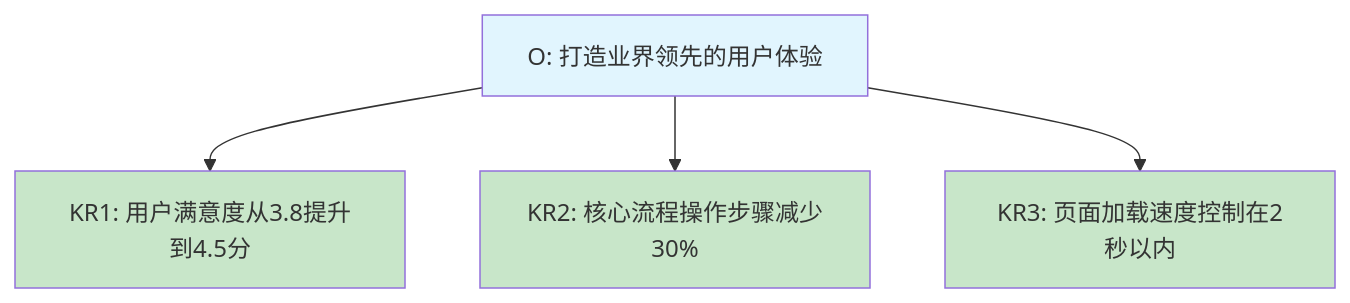
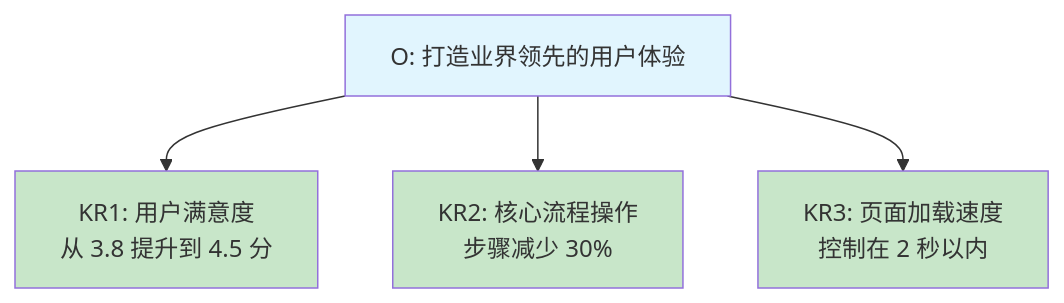
Before and after one commit to chongyang211/YCBookBlog: the diagram in packages/website/13.书籍/05.自我精进·成事/02.事前谋划/03.OKR目标规划法.md, drawn with Mermaid. The commit also changed other lines of this file and 83 other files, not shown here.

````diff
--- a/packages/website/13.书籍/05.自我精进·成事/02.事前谋划/03.OKR目标规划法.md
+++ b/packages/website/13.书籍/05.自我精进·成事/02.事前谋划/03.OKR目标规划法.md
@@ -93,10 +86,10 @@
 ```mermaid
 graph TD
-    A[O: 打造业界领先的用户体验] --> B[KR1: 用户满意度从3.8提升到4.5分]
-    A --> C[KR2: 核心流程操作步骤减少30%]
-    A --> D[KR3: 页面加载速度控制在2秒以内]
+    A[O: 打造业界领先的用户体验] --> B[KR1: 用户满意度<br/>从 3.8 提升到 4.5 分]
+    A --> C[KR2: 核心流程操作<br/>步骤减少 30%]
+    A --> D[KR3: 页面加载速度<br/>控制在 2 秒以内]
     style A fill:#e1f5fe
     style B fill:#c8e6c9
     style C fill:#c8e6c9
     style D fill:#c8e6c9
 ```
````
